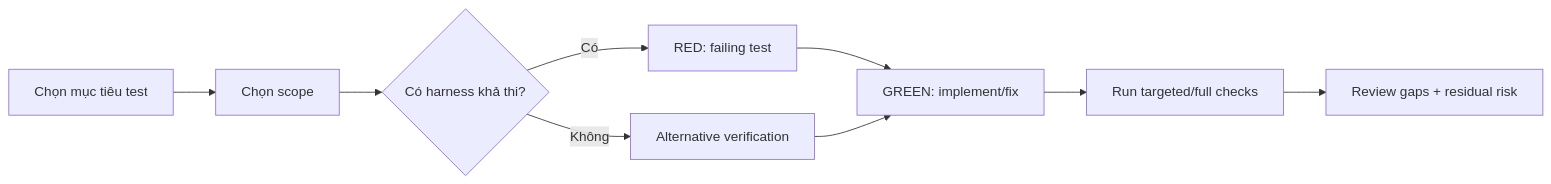
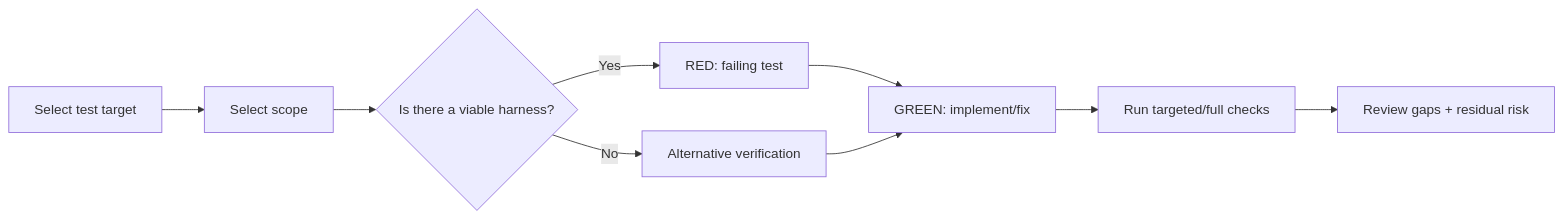
One commit to nguyenphat57/forge changed the diagram in packages/forge-core/workflows/execution/test.md. Above: the diagram before and after it, drawn with Mermaid. The commit also changed other lines of this file and 82 other files, not shown here.

````diff
--- a/packages/forge-core/workflows/execution/test.md
+++ b/packages/forge-core/workflows/execution/test.md
@@ -36,11 +36,11 @@
 ```mermaid
 flowchart LR
-    A[Chọn mục tiêu test] --> B[Chọn scope]
-    B --> C{Có harness khả thi?}
-    C -->|Có| D[RED: failing test]
-    C -->|Không| E[Alternative verification]
+    A[Select test target] --> B[Select scope]
+    B --> C{Is there a viable harness?}
+    C -->|Yes| D[RED: failing test]
+    C -->|No| E[Alternative verification]
     D --> F[GREEN: implement/fix]
     E --> F
     F --> G[Run targeted/full checks]
     G --> H[Review gaps + residual risk]
 ```
````
